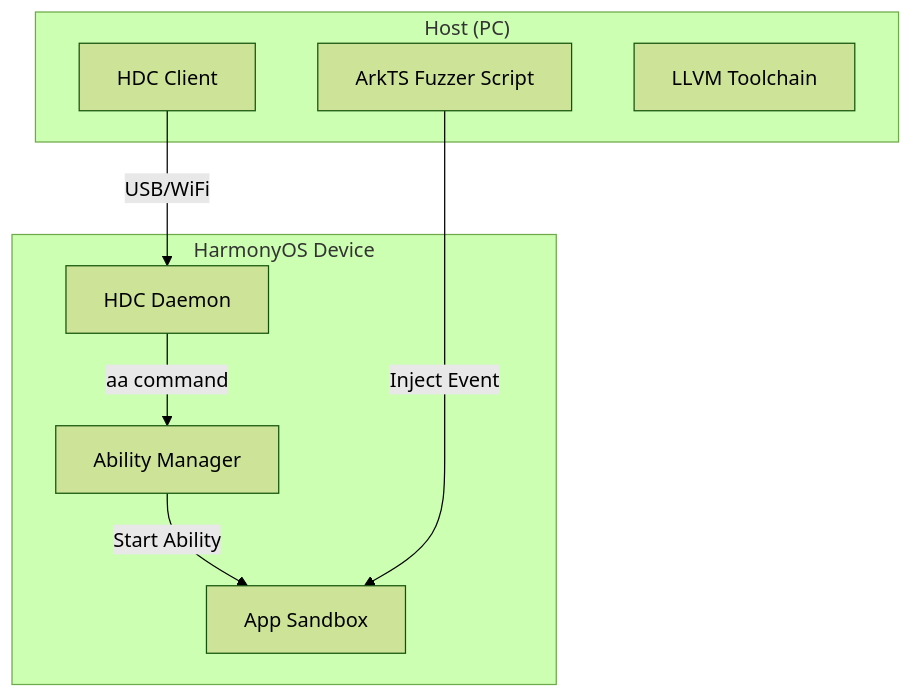
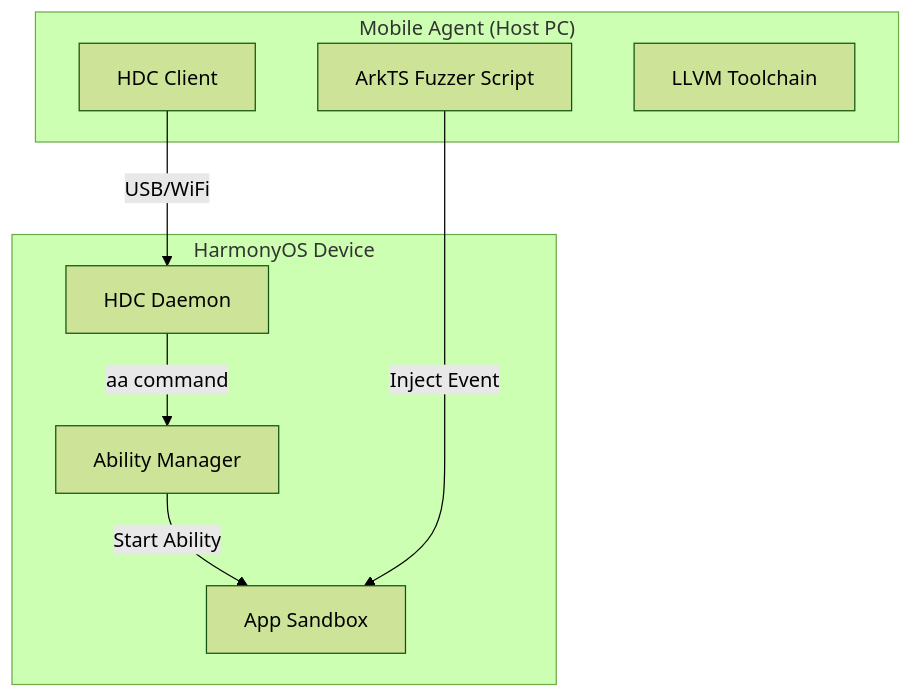
One commit to Logic70/FuzzFactory-WrightwithAI- changed the diagram in docs/design/SF05_HarmonyOSFuzz.md. Above: the diagram before and after it, drawn with Mermaid (forest theme). The commit also changed 4 other files, not shown here.

Commit message:
Refactor: Align System Context diagrams across HLD and LLD

````diff
--- a/docs/design/SF05_HarmonyOSFuzz.md
+++ b/docs/design/SF05_HarmonyOSFuzz.md
@@ -7,19 +7,19 @@
 ```mermaid
 graph TD
-    subgraph "Host (PC)"
+    subgraph "Mobile Agent (Host PC)"
         HDC[HDC Client]
         FuzzScript[ArkTS Fuzzer Script]
         Clang[LLVM Toolchain]
     end
 
     subgraph "HarmonyOS Device"
         HdcDaemon[HDC Daemon]
         AbilityMgr[Ability Manager]
         AppNamespace[App Sandbox]
     end
 
     HDC -->|USB/WiFi| HdcDaemon
     HdcDaemon -->|aa command| AbilityMgr
     AbilityMgr -->|Start Ability| AppNamespace
     FuzzScript -->|Inject Event| AppNamespace
 ```
````
